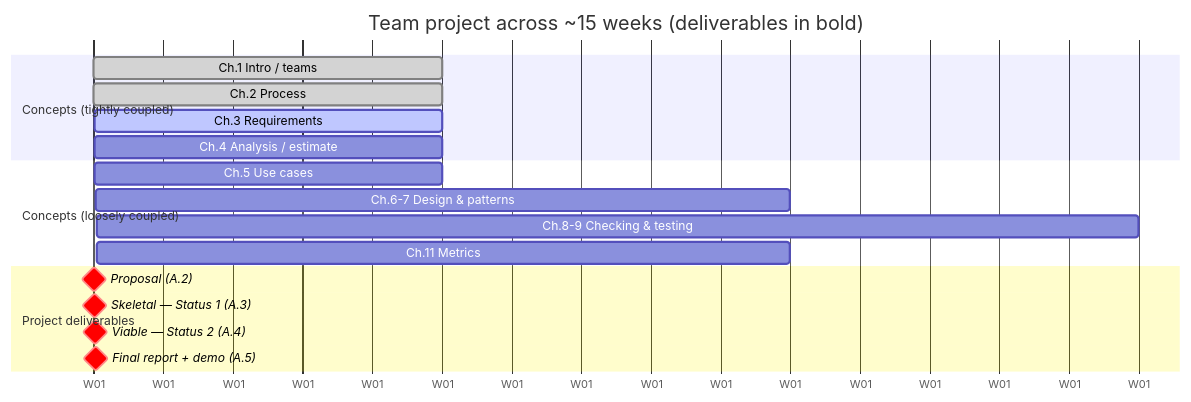
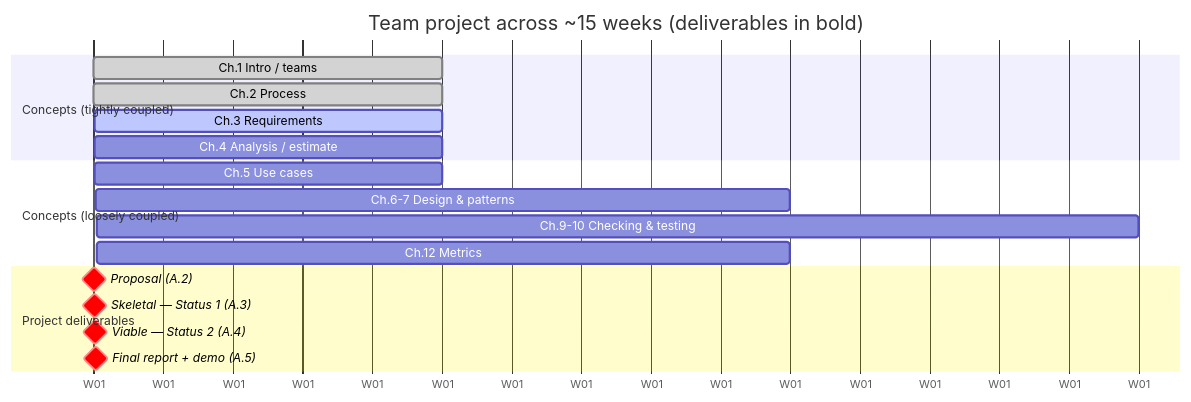
One commit to tghastings/open-swe-book changed the diagram in chapters/appendix-a-team-project/README.md. Above: the diagram before and after it, drawn with Mermaid. The commit also changed other lines of this file and 25 other files, not shown here.

````diff
--- a/chapters/appendix-a-team-project/README.md
+++ b/chapters/appendix-a-team-project/README.md
@@ -163,21 +163,21 @@
 ```mermaid
 gantt
     title Team project across ~15 weeks (deliverables in bold)
     dateFormat  X
     axisFormat  W%d
     section Concepts (tightly coupled)
     Ch.1 Intro / teams        :done, 0, 1
     Ch.2 Process              :done, 1, 1
     Ch.3 Requirements         :active, 2, 1
     Ch.4 Analysis / estimate  :3, 1
     section Concepts (loosely coupled)
     Ch.5 Use cases            :4, 1
     Ch.6-7 Design & patterns  :5, 2
-    Ch.8-9 Checking & testing :8, 3
-    Ch.11 Metrics             :11, 2
+    Ch.9-10 Checking & testing :8, 3
+    Ch.12 Metrics             :11, 2
     section Project deliverables
     Proposal (A.2)            :milestone, crit, 3, 0
     Skeletal — Status 1 (A.3) :milestone, crit, 7, 0
     Viable — Status 2 (A.4)   :milestone, crit, 11, 0
     Final report + demo (A.5) :milestone, crit, 14, 0
 ```
````
